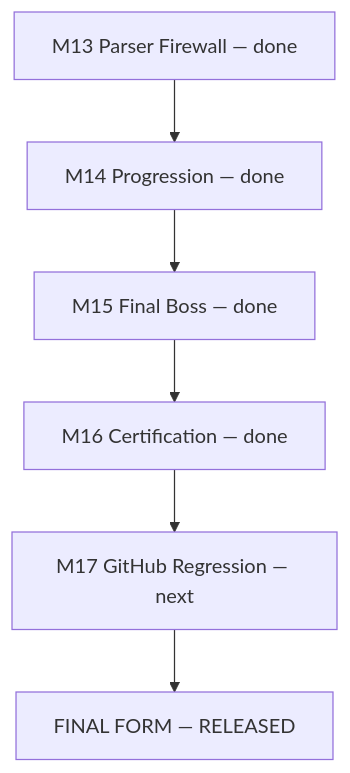
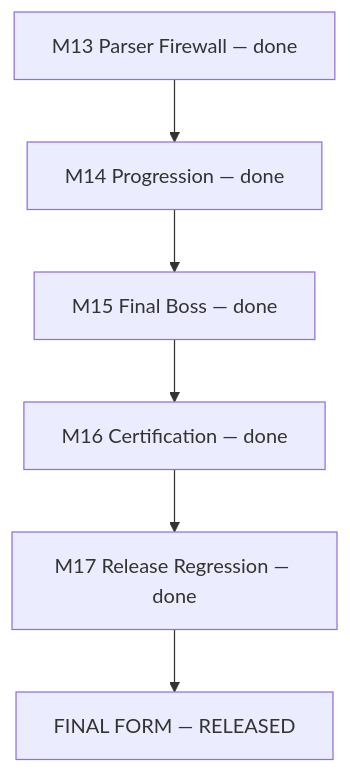
Before and after one commit to thiepn/markdown: diagram 15 of 16 in README.md, drawn with Mermaid. The commit also changed other lines of this file, not shown here.

Commit message:
docs: finalize GitHub rendering regression and release

````diff
--- a/README.md
+++ b/README.md
@@ -948,8 +1124,8 @@
 ```mermaid
 flowchart TB
     M13[M13 Parser Firewall — done] --> M14[M14 Progression — done]
     M14 --> M15[M15 Final Boss — done]
     M15 --> M16[M16 Certification — done]
-    M16 --> M17[M17 GitHub Regression — next]
+    M16 --> M17[M17 Release Regression — done]
     M17 --> REL[FINAL FORM — RELEASED]
 ```
````
